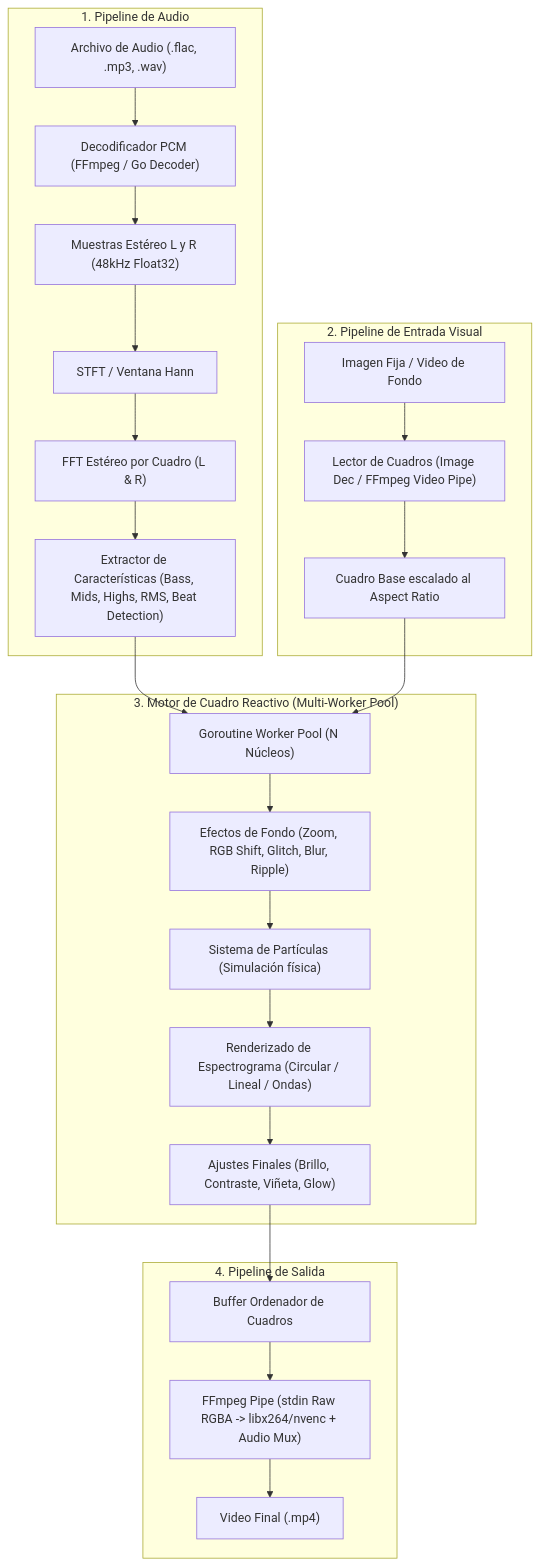
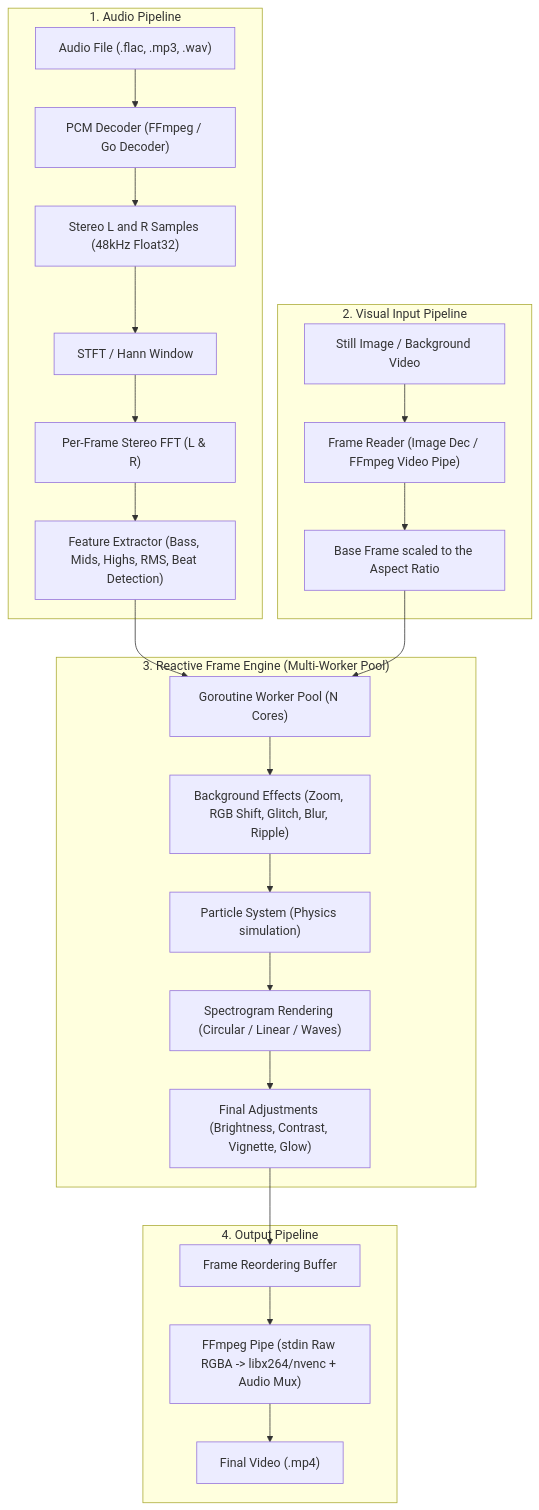
Before and after one commit to JulioGuillermo/AudioViz: the diagram in planning/01_ARCHITECTURE.md, drawn with Mermaid. The commit also changed other lines of this file and 99 other files, not shown here.

First line of the commit message:
Translate everything to English with a selectable UI language; lyric editing on the timeline

````diff
--- a/planning/01_ARCHITECTURE.md
+++ b/planning/01_ARCHITECTURE.md
@@ -5,30 +5,30 @@
 ```mermaid
 flowchart TD
-    subgraph AudioPipeline["1. Pipeline de Audio"]
-        AudioInput["Archivo de Audio (.flac, .mp3, .wav)"] --> AudioDecoder["Decodificador PCM (FFmpeg / Go Decoder)"]
-        AudioDecoder --> PCMBuffers["Muestras Estéreo L y R (48kHz Float32)"]
-        PCMBuffers --> STFT["STFT / Ventana Hann"]
-        STFT --> FFTAnalysis["FFT Estéreo por Cuadro (L & R)"]
-        FFTAnalysis --> FeatureExtractor["Extractor de Características (Bass, Mids, Highs, RMS, Beat Detection)"]
+    subgraph AudioPipeline["1. Audio Pipeline"]
+        AudioInput["Audio File (.flac, .mp3, .wav)"] --> AudioDecoder["PCM Decoder (FFmpeg / Go Decoder)"]
+        AudioDecoder --> PCMBuffers["Stereo L and R Samples (48kHz Float32)"]
+        PCMBuffers --> STFT["STFT / Hann Window"]
+        STFT --> FFTAnalysis["Per-Frame Stereo FFT (L & R)"]
+        FFTAnalysis --> FeatureExtractor["Feature Extractor (Bass, Mids, Highs, RMS, Beat Detection)"]
     end
 
-    subgraph VideoInputPipeline["2. Pipeline de Entrada Visual"]
-        VisualInput["Imagen Fija / Video de Fondo"] --> FrameReader["Lector de Cuadros (Image Dec / FFmpeg Video Pipe)"]
-        FrameReader --> BaseFrame["Cuadro Base escalado al Aspect Ratio"]
+    subgraph VideoInputPipeline["2. Visual Input Pipeline"]
+        VisualInput["Still Image / Background Video"] --> FrameReader["Frame Reader (Image Dec / FFmpeg Video Pipe)"]
+        FrameReader --> BaseFrame["Base Frame scaled to the Aspect Ratio"]
     end
 
-    subgraph ProcessingPipeline["3. Motor de Cuadro Reactivo (Multi-Worker Pool)"]
-        FeatureExtractor --> WorkerPool["Goroutine Worker Pool (N Núcleos)"]
+    subgraph ProcessingPipeline["3. Reactive Frame Engine (Multi-Worker Pool)"]
+        FeatureExtractor --> WorkerPool["Goroutine Worker Pool (N Cores)"]
         BaseFrame --> WorkerPool
-        WorkerPool --> EffectBackground["Efectos de Fondo (Zoom, RGB Shift, Glitch, Blur, Ripple)"]
-        EffectBackground --> ParticleEngine["Sistema de Partículas (Simulación física)"]
-        ParticleEngine --> VisualizerLayer["Renderizado de Espectrograma (Circular / Lineal / Ondas)"]
-        VisualizerLayer --> ColorGrading["Ajustes Finales (Brillo, Contraste, Viñeta, Glow)"]
+        WorkerPool --> EffectBackground["Background Effects (Zoom, RGB Shift, Glitch, Blur, Ripple)"]
+        EffectBackground --> ParticleEngine["Particle System (Physics simulation)"]
+        ParticleEngine --> VisualizerLayer["Spectrogram Rendering (Circular / Linear / Waves)"]
+        VisualizerLayer --> ColorGrading["Final Adjustments (Brightness, Contrast, Vignette, Glow)"]
     end
 
-    subgraph OutputPipeline["4. Pipeline de Salida"]
-        ColorGrading --> FrameReorder["Buffer Ordenador de Cuadros"]
+    subgraph OutputPipeline["4. Output Pipeline"]
+        ColorGrading --> FrameReorder["Frame Reordering Buffer"]
         FrameReorder --> FFmpegEncoder["FFmpeg Pipe (stdin Raw RGBA -> libx264/nvenc + Audio Mux)"]
-        FFmpegEncoder --> FinalVideo["Video Final (.mp4)"]
+        FFmpegEncoder --> FinalVideo["Final Video (.mp4)"]
     end
 ```
````
